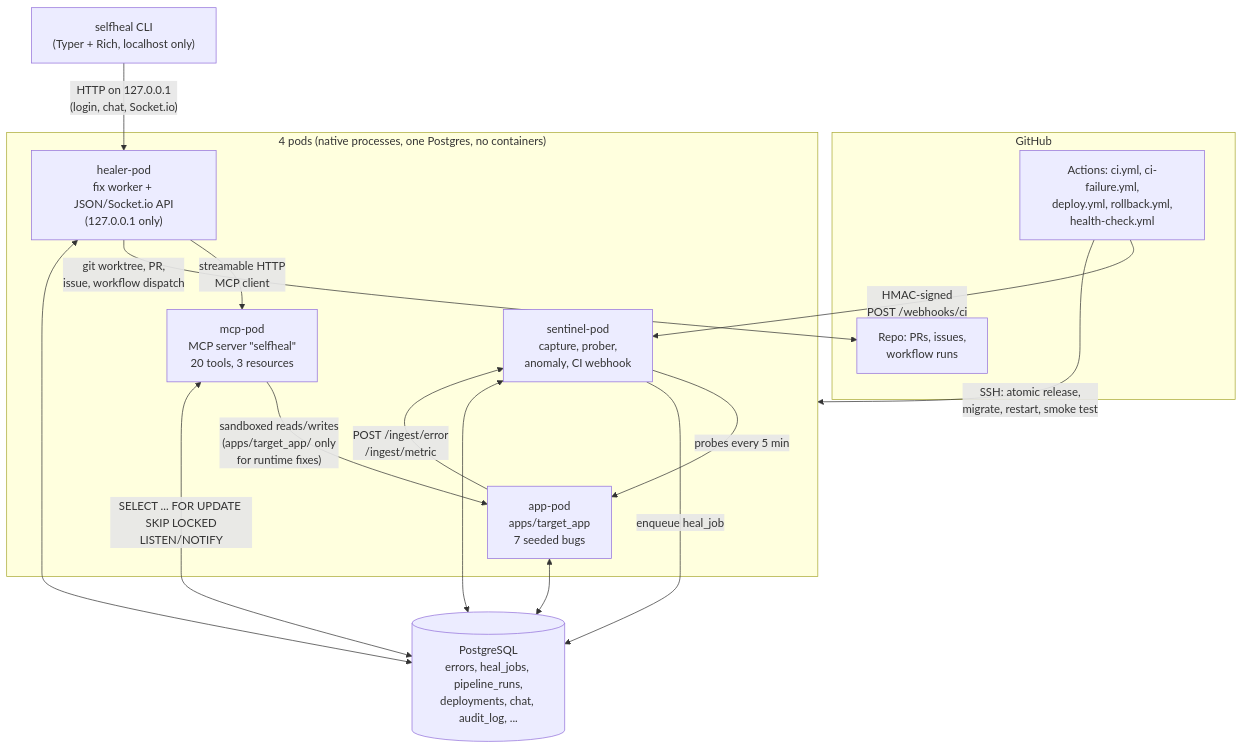
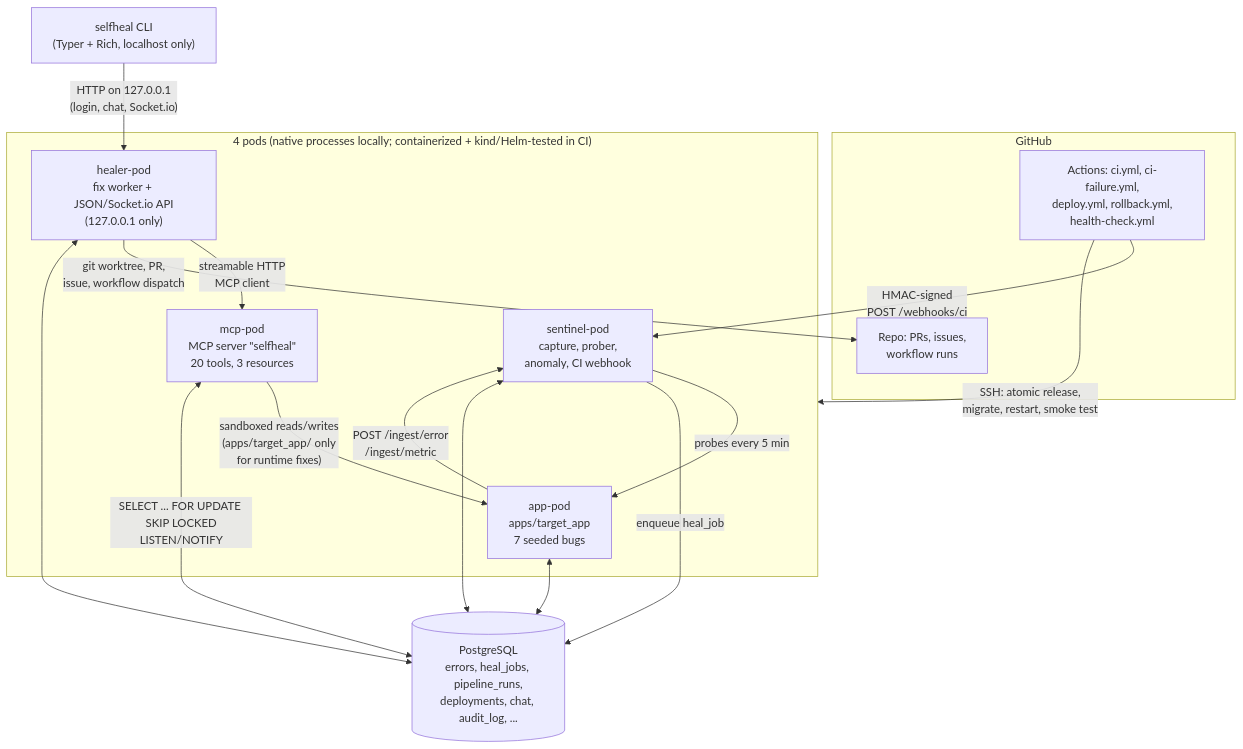
One commit to Deepak20466/ai-self-healing-app changed the diagram in README.md. Above: the diagram before and after it, drawn with Mermaid. The commit also changed other lines of this file and 23 other files, not shown here.

````diff
--- a/README.md
+++ b/README.md
@@ -50,32 +56,32 @@
 ```mermaid
 flowchart TB
     subgraph GitHub["GitHub"]
         Actions["Actions: ci.yml, ci-failure.yml,<br/>deploy.yml, rollback.yml,<br/>health-check.yml"]
         Repo["Repo: PRs, issues,<br/>workflow runs"]
     end
 
-    subgraph Pods["4 pods (native processes, one Postgres, no containers)"]
+    subgraph Pods["4 pods (native processes locally; containerized + kind/Helm-tested in CI)"]
         App["app-pod<br/>apps/target_app<br/>7 seeded bugs"]
         Sentinel["sentinel-pod<br/>capture, prober,<br/>anomaly, CI webhook"]
         MCP["mcp-pod<br/>MCP server #quot;selfheal#quot;<br/>20 tools, 3 resources"]
         Healer["healer-pod<br/>fix worker + JSON/Socket.io API<br/>(127.0.0.1 only)"]
     end
 
     DB[("PostgreSQL<br/>errors, heal_jobs, pipeline_runs,<br/>deployments, chat, audit_log, ...")]
 
     User["selfheal CLI<br/>(Typer + Rich, localhost only)"]
 
     App -- "POST /ingest/error<br/>/ingest/metric" --> Sentinel
     Sentinel -- "probes every 5 min" --> App
     Sentinel -- enqueue heal_job --> DB
     MCP -- "sandboxed reads/writes<br/>(apps/target_app/ only<br/>for runtime fixes)" --> App
     MCP <-- "SELECT ... FOR UPDATE SKIP LOCKED<br/>LISTEN/NOTIFY" --> DB
     Healer -- "streamable HTTP<br/>MCP client" --> MCP
     Healer -- "git worktree, PR,<br/>issue, workflow dispatch" --> Repo
     Actions -- "HMAC-signed<br/>POST /webhooks/ci" --> Sentinel
     Actions -- "SSH: atomic release,<br/>migrate, restart, smoke test" --> Pods
     User -- "HTTP on 127.0.0.1<br/>(login, chat, Socket.io)" --> Healer
     Healer <--> DB
     Sentinel <--> DB
     App <--> DB
 ```
````
